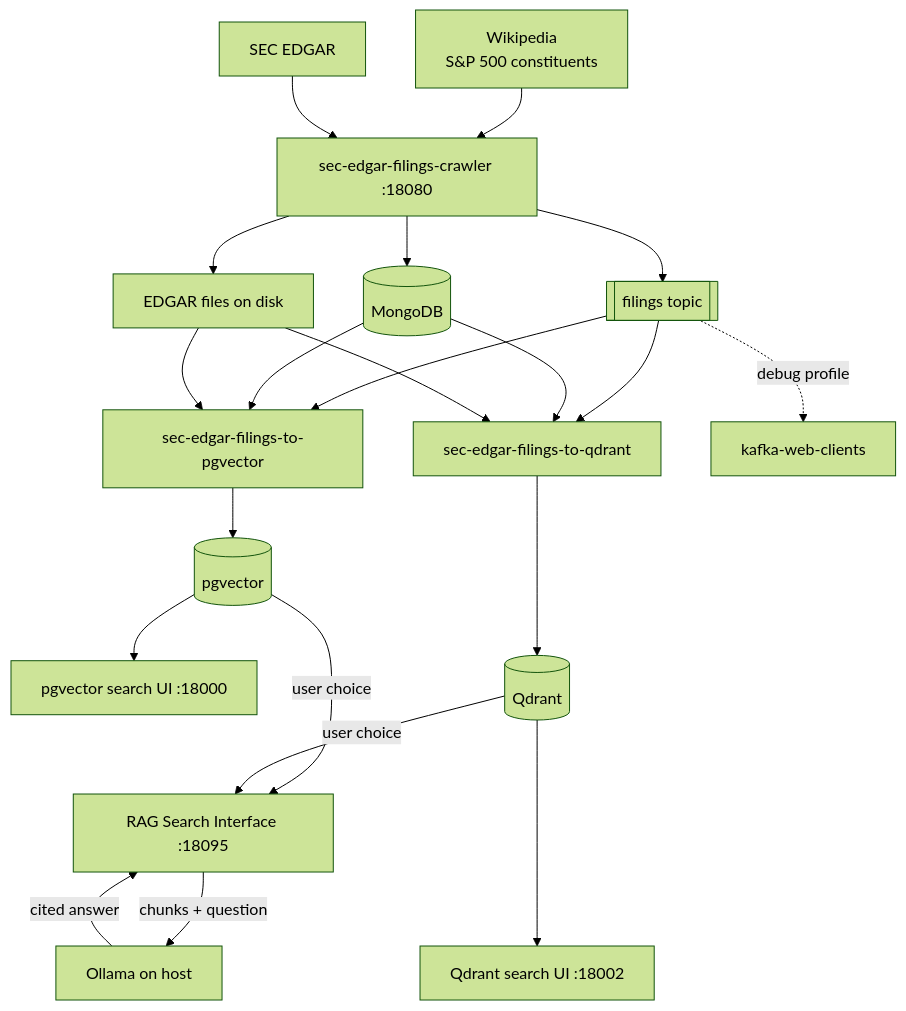
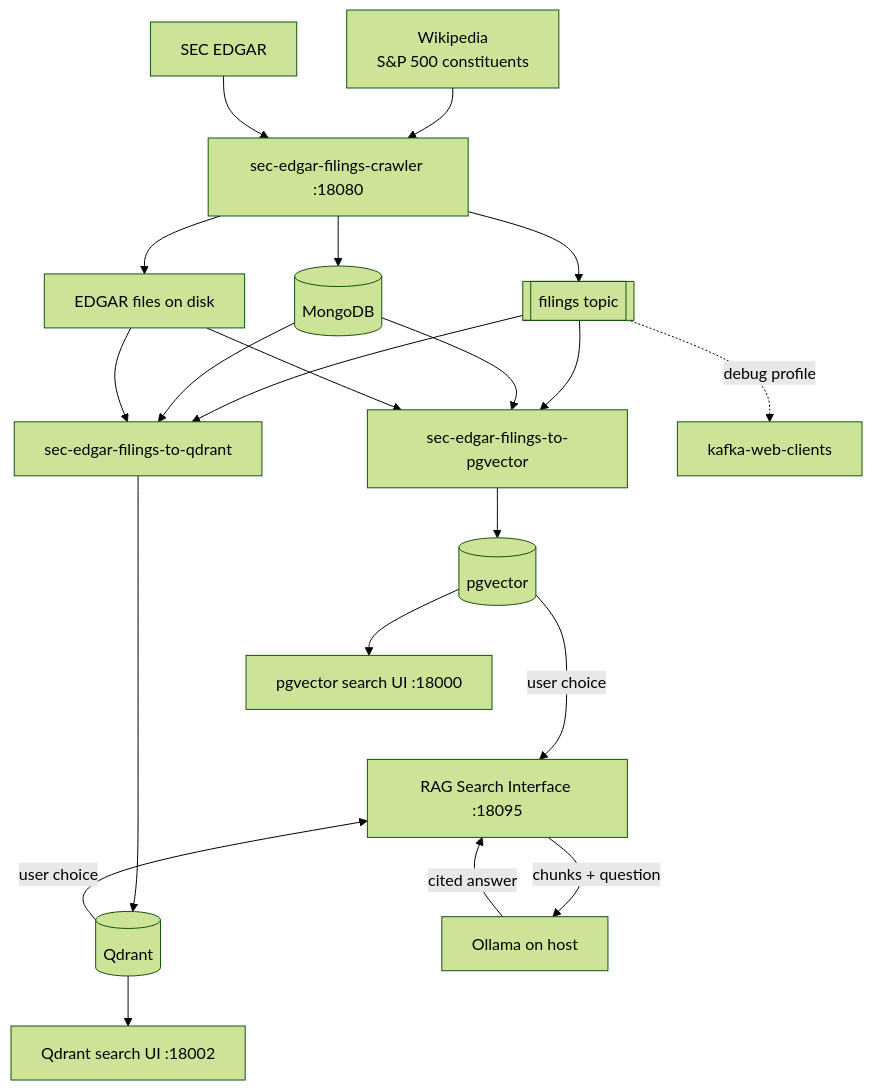
Before and after one commit to sanjuthomas/sec-edgar-filings-rag-demo: the diagram in README.md, drawn with Mermaid (forest theme).

Commit message:
Realign search UIs in architecture diagram with RAG centered.
Place Qdrant search UI to the right of Qdrant and keep RAG Search Interface between pgvector and Qdrant.

````diff
--- a/README.md
+++ b/README.md
@@ -33,29 +33,29 @@
 ```mermaid
 flowchart TB
     Wiki["Wikipedia<br/>S&P 500 constituents"] --> Crawler["sec-edgar-filings-crawler :18080"]
     SEC["SEC EDGAR"] --> Crawler
     Crawler --> Mongo[("MongoDB")]
     Crawler --> Kafka[["filings topic"]]
     Crawler --> Disk["EDGAR files on disk"]
 
     Kafka --> PgETL["sec-edgar-filings-to-pgvector"]
     Kafka --> QdrantETL["sec-edgar-filings-to-qdrant"]
     Mongo --> PgETL
     Mongo --> QdrantETL
     Disk --> PgETL
     Disk --> QdrantETL
 
     PgETL --> PG[("pgvector")]
     QdrantETL --> Qdrant[("Qdrant")]
 
     PG --> PgSearch["pgvector search UI :18000"]
-    Qdrant --> QdrantSearch["Qdrant search UI :18002"]
     PG -->|"user choice"| RAG["RAG Search Interface :18095"]
     Qdrant -->|"user choice"| RAG
+    Qdrant --> QdrantSearch["Qdrant search UI :18002"]
     RAG -->|"chunks + question"| Ollama["Ollama on host"]
     Ollama -->|"cited answer"| RAG
 
-    PgSearch ~~~ RAG ~~~ QdrantSearch
+    PgSearch ~~~ RAG ~~~ Qdrant
 
     Kafka -.->|debug profile| KWC["kafka-web-clients"]
 ```
````
